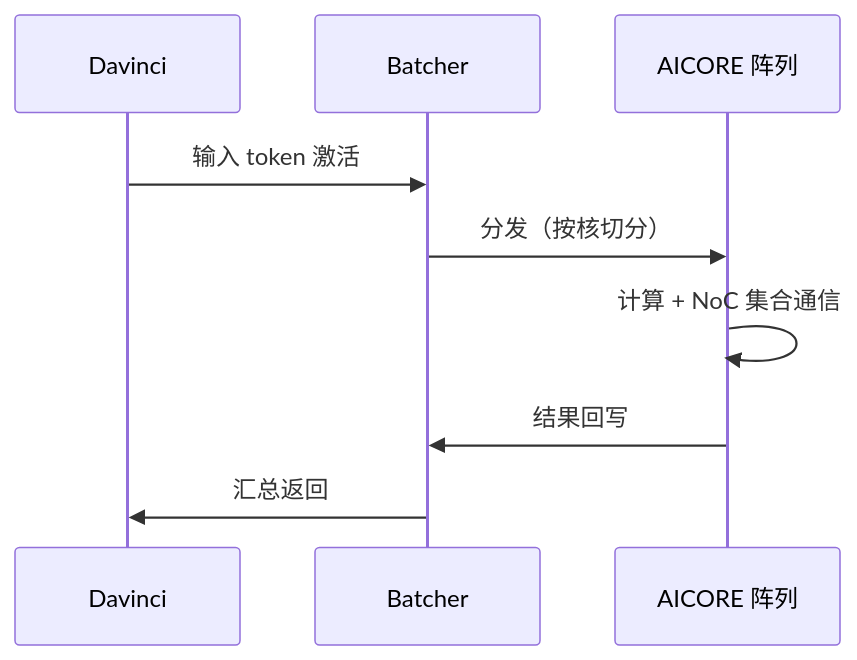
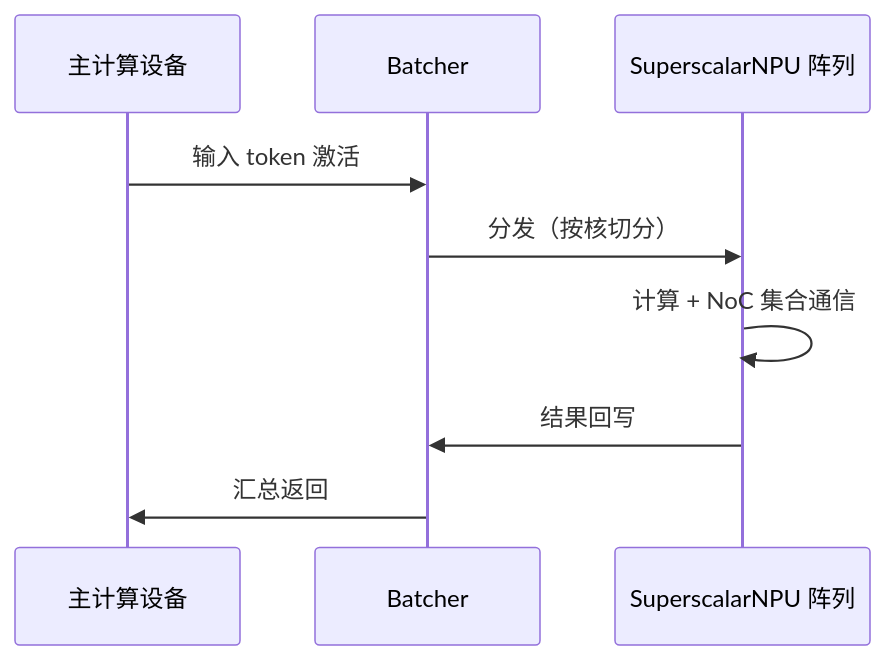
One commit to PTO-ISA/wse-model changed the fourth of 12 diagrams in docs/design/wse-system-architecture-whitepaper.md. Above: the diagram before and after it, drawn with Mermaid. The commit also changed other lines of this file and 9 other files, not shown here.

First line of the commit message:
docs: define SuperscalarNPU cores, local SRAM and router interfaces for WSE (#4)

````diff
--- a/docs/design/wse-system-architecture-whitepaper.md
+++ b/docs/design/wse-system-architecture-whitepaper.md
@@ -310,11 +351,11 @@
 ```mermaid
 sequenceDiagram
-  participant D as Davinci
+  participant D as 主计算设备
   participant B as Batcher
-  participant C as AICORE 阵列
+  participant C as SuperscalarNPU 阵列
   D->>B: 输入 token 激活
   B->>C: 分发（按核切分）
   C->>C: 计算 + NoC 集合通信
   C->>B: 结果回写
   B->>D: 汇总返回
 ```
````
